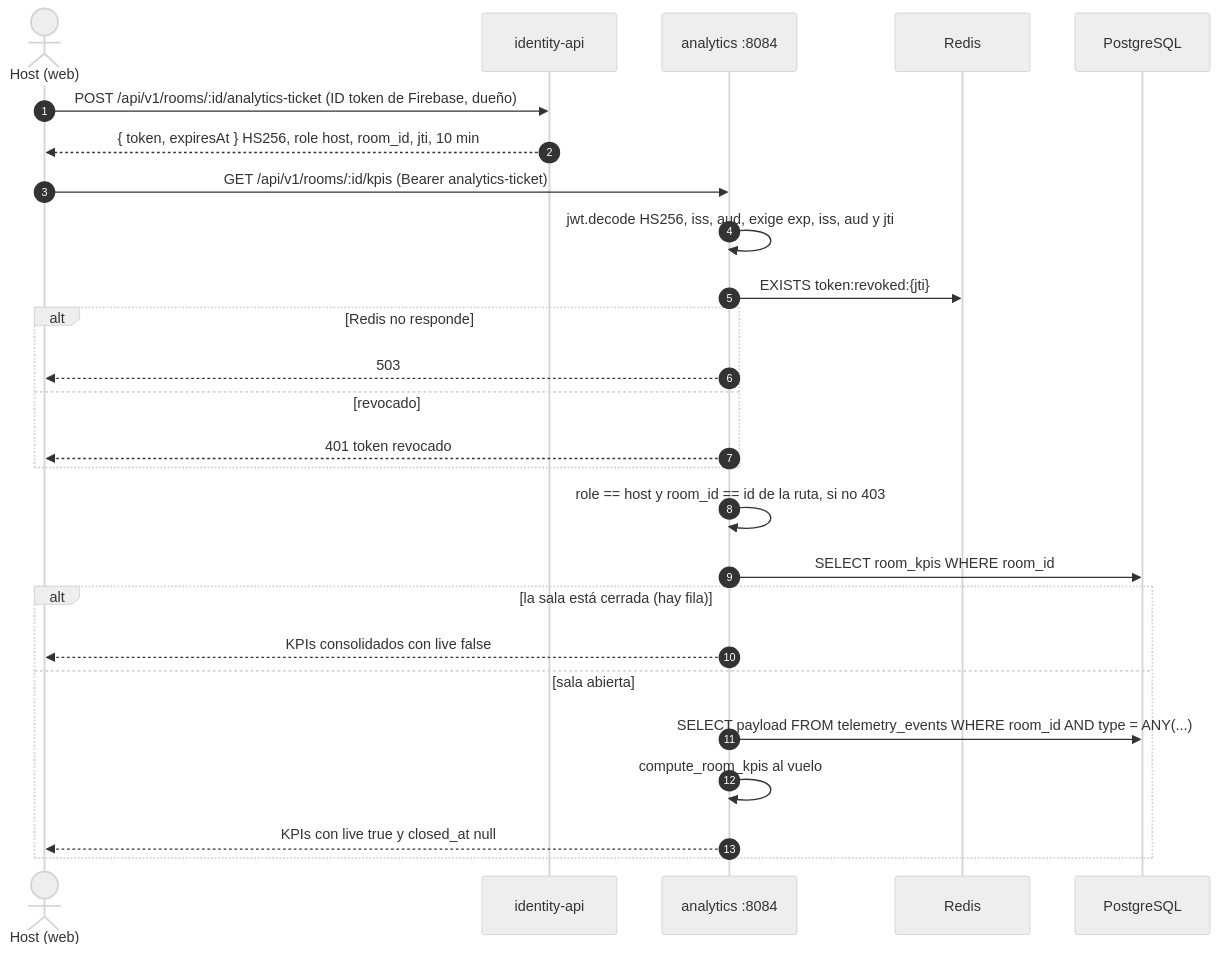
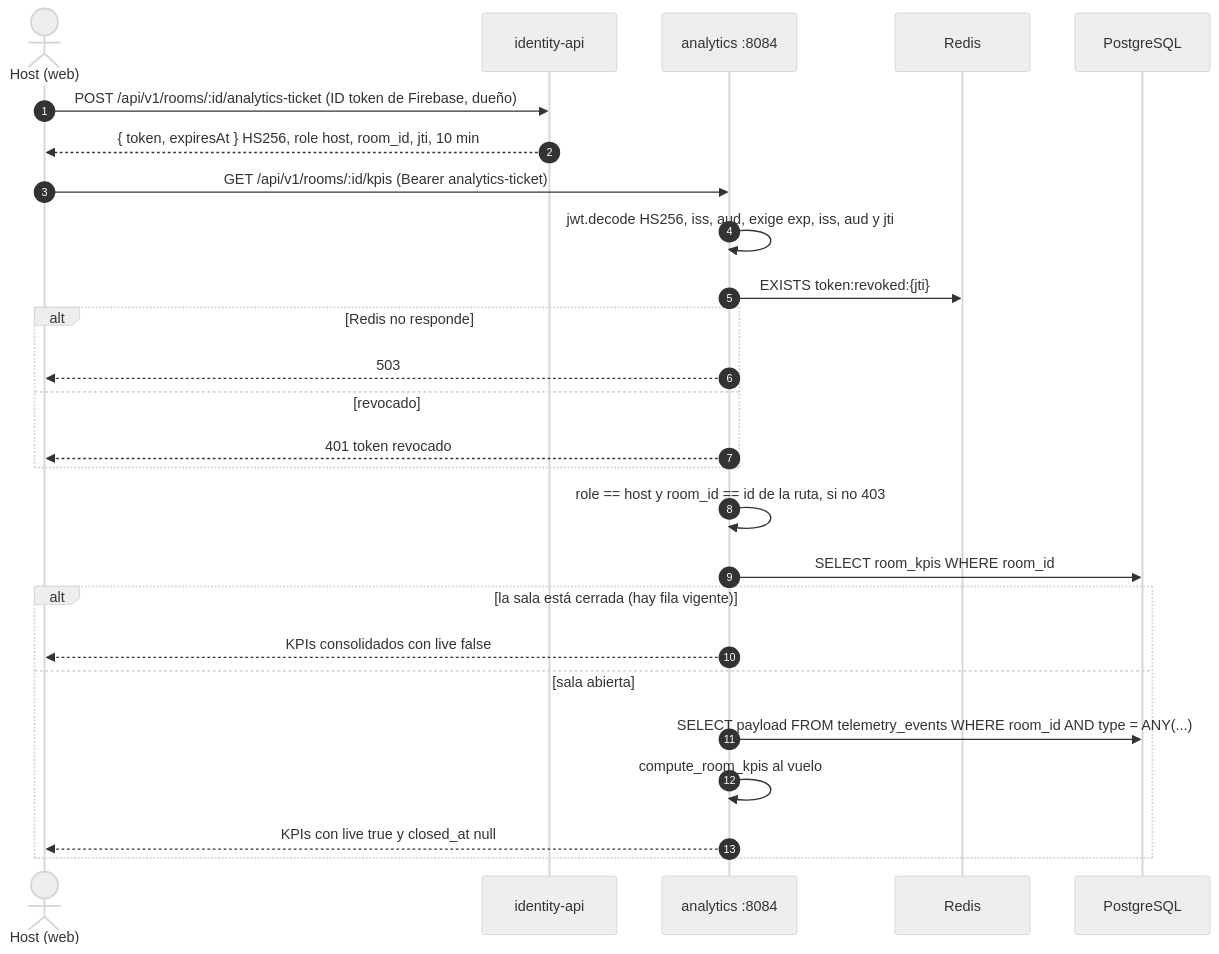
One commit to N1ghtlyC0de/TINT changed the third of 4 diagrams in services/analytics/README.md. Above: the diagram before and after it, drawn with Mermaid (neutral theme). The commit also changed other lines of this file and 3 other files, not shown here.

````diff
--- a/services/analytics/README.md
+++ b/services/analytics/README.md
@@ -180,29 +200,29 @@
 ```mermaid
 sequenceDiagram
     autonumber
     actor H as Host (web)
     participant ID as identity-api
     participant API as analytics :8084
     participant R as Redis
     participant PG as PostgreSQL
 
     H->>ID: POST /api/v1/rooms/:id/analytics-ticket (ID token de Firebase, dueño)
     ID-->>H: { token, expiresAt } HS256, role host, room_id, jti, 10 min
     H->>API: GET /api/v1/rooms/:id/kpis (Bearer analytics-ticket)
     API->>API: jwt.decode HS256, iss, aud, exige exp, iss, aud y jti
     API->>R: EXISTS token:revoked:{jti}
     alt Redis no responde
         API-->>H: 503
     else revocado
         API-->>H: 401 token revocado
     end
     API->>API: role == host y room_id == id de la ruta, si no 403
     API->>PG: SELECT room_kpis WHERE room_id
-    alt la sala está cerrada (hay fila)
+    alt la sala está cerrada (hay fila vigente)
         API-->>H: KPIs consolidados con live false
     else sala abierta
         API->>PG: SELECT payload FROM telemetry_events WHERE room_id AND type = ANY(...)
         API->>API: compute_room_kpis al vuelo
         API-->>H: KPIs con live true y closed_at null
     end
 ```
````
